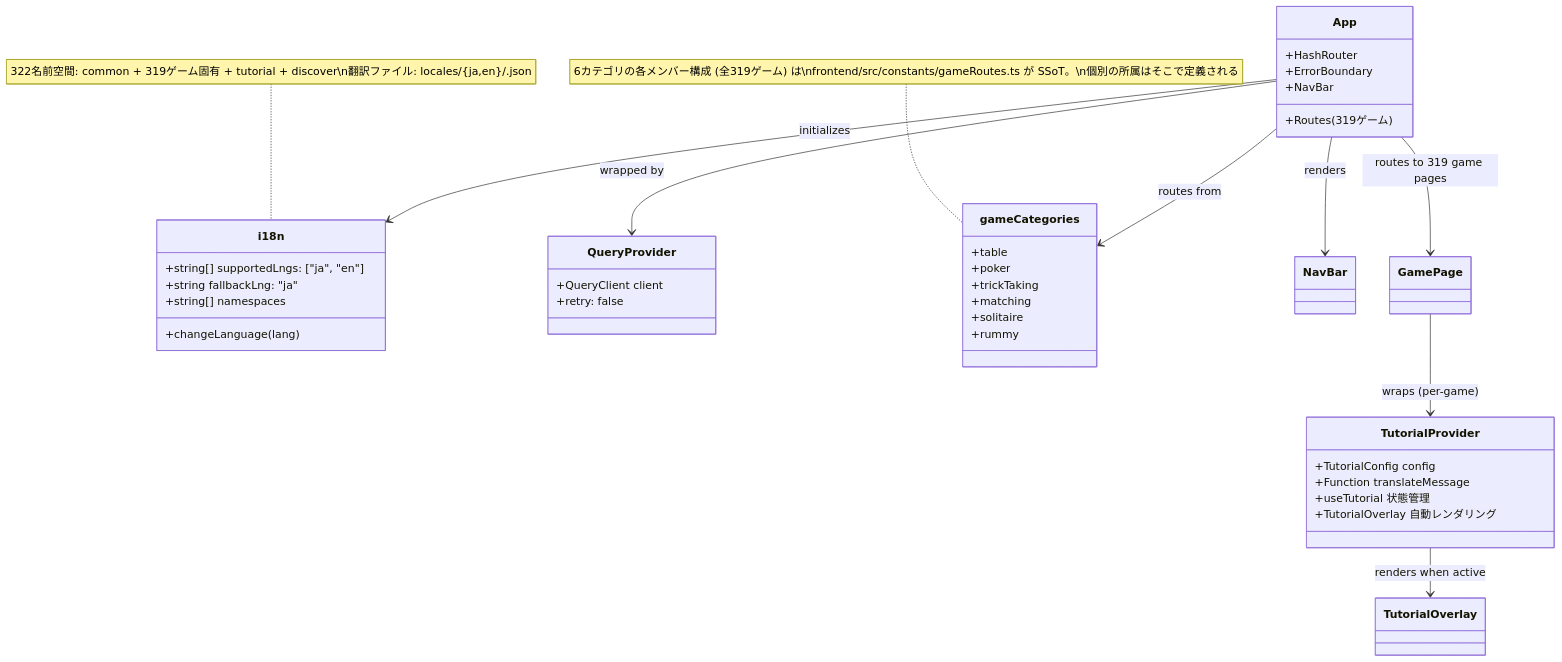
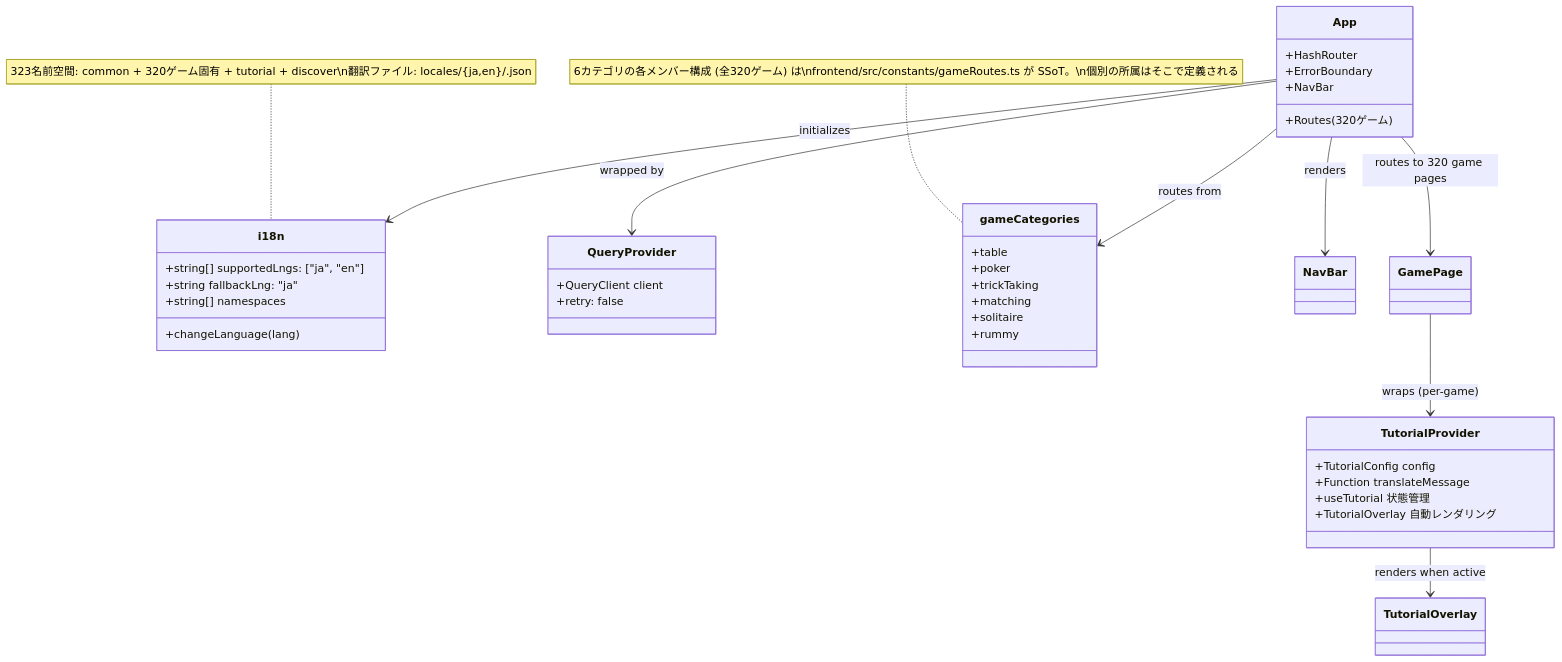
The ninth of 49 diagrams in docs/design/frontend.md (yuta-yoshinaga/go_trumpcards), drawn with Mermaid before and after one commit. The commit also changed other lines of this file and 62 other files, not shown here.

````diff
--- a/docs/design/frontend.md
+++ b/docs/design/frontend.md
@@ -1874,48 +1874,48 @@
 ```mermaid
 classDiagram
     class i18n {
         +string[] supportedLngs: ["ja", "en"]
         +string fallbackLng: "ja"
         +string[] namespaces
         +changeLanguage(lang)
     }
 
     class QueryProvider {
         +QueryClient client
         +retry: false
     }
 
     class App {
         +HashRouter
         +ErrorBoundary
         +NavBar
-        +Routes (319ゲーム)
+        +Routes (320ゲーム)
     }
 
     class gameCategories {
         +table
         +poker
         +trickTaking
         +matching
         +solitaire
         +rummy
     }
-    note for gameCategories "6カテゴリの各メンバー構成 (全319ゲーム) は\nfrontend/src/constants/gameRoutes.ts が SSoT。\n個別の所属はそこで定義される"
+    note for gameCategories "6カテゴリの各メンバー構成 (全320ゲーム) は\nfrontend/src/constants/gameRoutes.ts が SSoT。\n個別の所属はそこで定義される"
 
     class TutorialProvider {
         +TutorialConfig config
         +Function translateMessage
         +useTutorial 状態管理
         +TutorialOverlay 自動レンダリング
     }
 
     App --> QueryProvider : wrapped by
     App --> i18n : initializes
     App --> gameCategories : routes from
     App --> NavBar : renders
-    App --> GamePage : routes to 319 game pages
+    App --> GamePage : routes to 320 game pages
     GamePage --> TutorialProvider : wraps (per-game)
     TutorialProvider --> TutorialOverlay : renders when active
 
-    note for i18n "322名前空間: common + 319ゲーム固有 + tutorial + discover\n翻訳ファイル: locales/{ja,en}/<game>.json"
+    note for i18n "323名前空間: common + 320ゲーム固有 + tutorial + discover\n翻訳ファイル: locales/{ja,en}/<game>.json"
 ```
````
